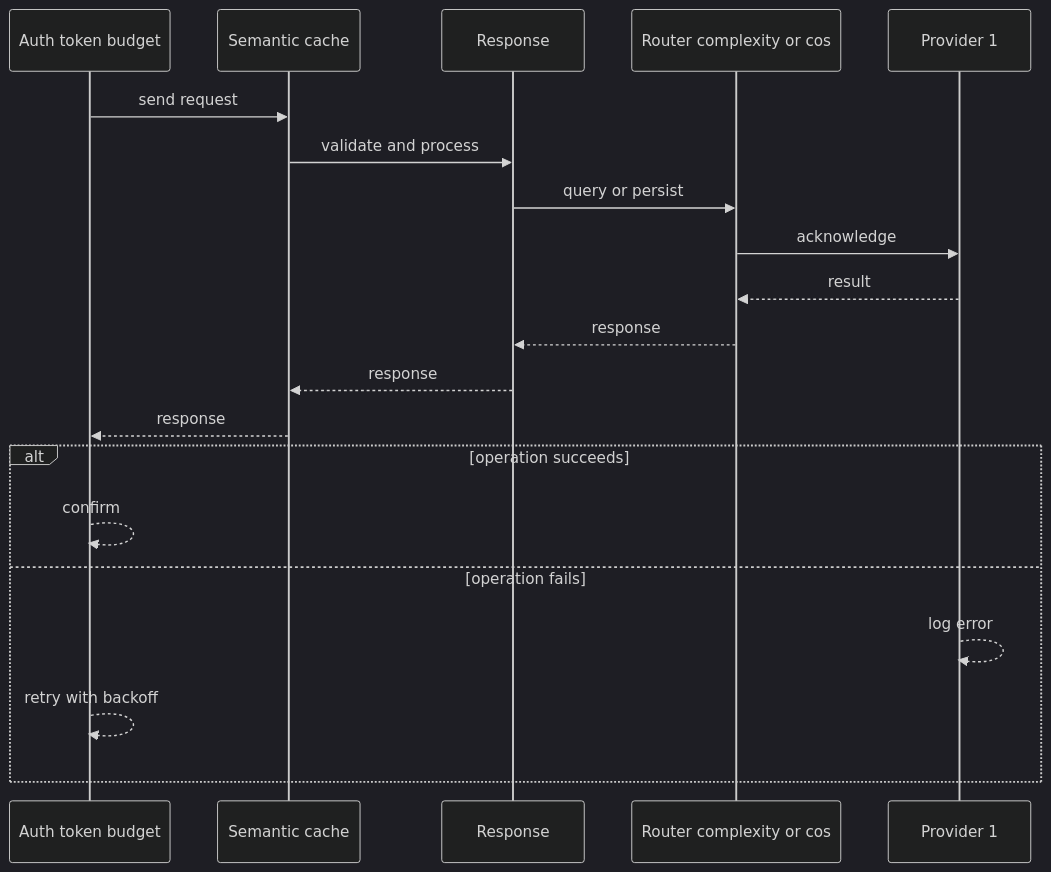
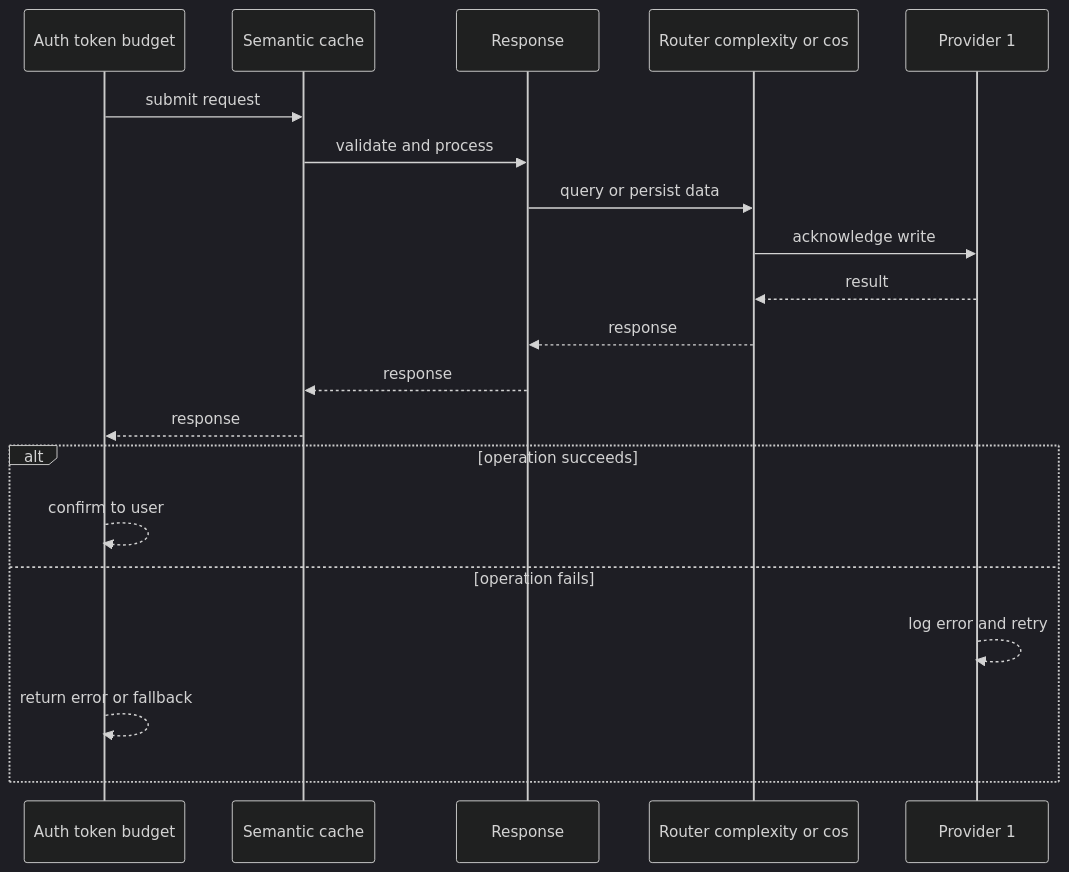
Before and after one commit to RIT-MESH/system-design-mastery: the second of 4 diagrams in case-studies/ai-systems/llm-api-gateway.md, drawn with Mermaid (dark theme). The commit also changed other lines of this file and 127 other files, not shown here.

First line of the commit message:
Improve all case study diagrams: case-specific sequences, fix truncated labels

````diff
--- a/case-studies/ai-systems/llm-api-gateway.md
+++ b/case-studies/ai-systems/llm-api-gateway.md
@@ -82,23 +82,23 @@
 ```mermaid
 %% created-for: system-design-mastery
 sequenceDiagram
-  participant C0 as Auth token budget
-  participant C1 as Semantic cache
-  participant C2 as Response
-  participant C3 as Router complexity or cos
-  participant C4 as Provider 1
-  C0 ->> C1: send request
-  C1 ->> C2: validate and process
-  C2 ->> C3: query or persist
-  C3 ->> C4: acknowledge
-  C4 -->> C3: result
-  C3 -->> C2: response
-  C2 -->> C1: response
-  C1 -->> C0: response
+  participant P0 as Auth token budget
+  participant P1 as Semantic cache
+  participant P2 as Response
+  participant P3 as Router complexity or cos
+  participant P4 as Provider 1
+  P0 ->> P1: submit request
+  P1 ->> P2: validate and process
+  P2 ->> P3: query or persist data
+  P3 ->> P4: acknowledge write
+  P4 -->> P3: result
+  P3 -->> P2: response
+  P2 -->> P1: response
+  P1 -->> P0: response
   alt operation succeeds
-    C0 -->> C0: confirm
+    P0 -->> P0: confirm to user
   else operation fails
-    C4 -->> C4: log error
-    C0 -->> C0: retry with backoff
+    P4 -->> P4: log error and retry
+    P0 -->> P0: return error or fallback
   end
 ```
````
